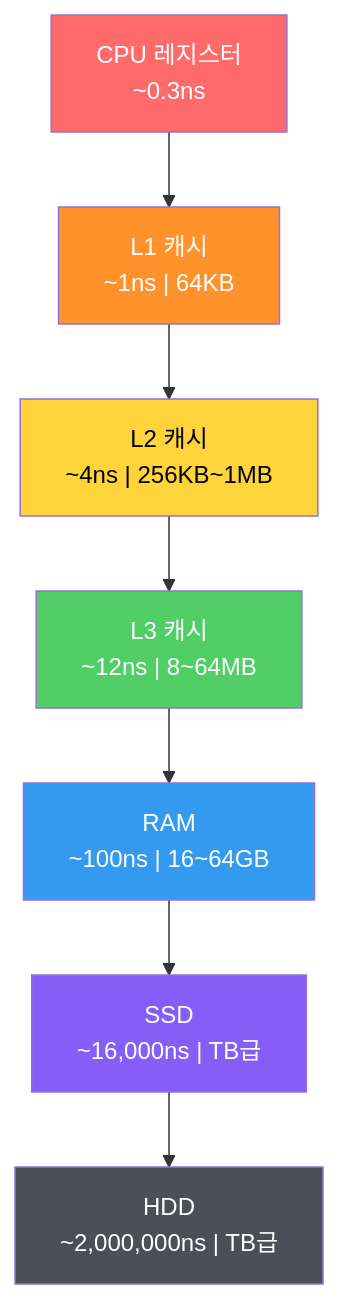
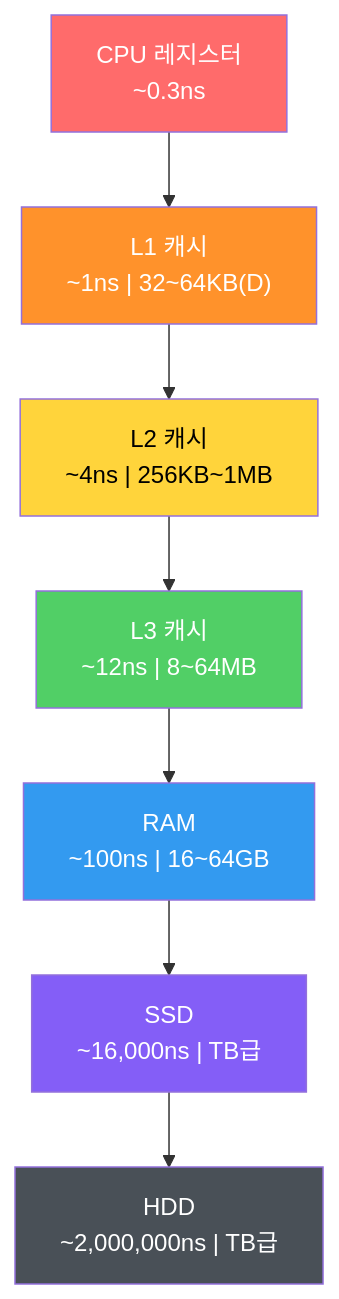
One commit to Epheria/Epheria.github.io changed the first of 4 diagrams in _posts/CS/2026-03-10-ArrayAndLinkedList.md. Above: the diagram before and after it, drawn with Mermaid. The commit also changed other lines of this file and 2 other files, not shown here.

````diff
--- a/_posts/CS/2026-03-10-ArrayAndLinkedList.md
+++ b/_posts/CS/2026-03-10-ArrayAndLinkedList.md
@@ -83,17 +83,17 @@
 ```mermaid
 graph TD
-    REG["CPU 레지스터<br/>~0.3ns"] --> L1["L1 캐시<br/>~1ns | 64KB"]
+    REG["CPU 레지스터<br/>~0.3ns"] --> L1["L1 캐시<br/>~1ns | 32~64KB(D)"]
     L1 --> L2["L2 캐시<br/>~4ns | 256KB~1MB"]
     L2 --> L3["L3 캐시<br/>~12ns | 8~64MB"]
     L3 --> RAM["RAM<br/>~100ns | 16~64GB"]
     RAM --> SSD["SSD<br/>~16,000ns | TB급"]
     SSD --> HDD["HDD<br/>~2,000,000ns | TB급"]
 
     style REG fill:#ff6b6b,color:#fff
     style L1 fill:#ff922b,color:#fff
     style L2 fill:#ffd43b,color:#000
     style L3 fill:#51cf66,color:#fff
     style RAM fill:#339af0,color:#fff
     style SSD fill:#845ef7,color:#fff
     style HDD fill:#495057,color:#fff
 ```
````
